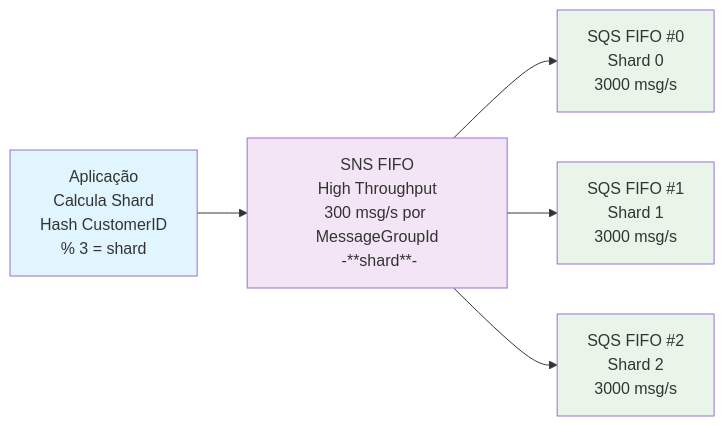
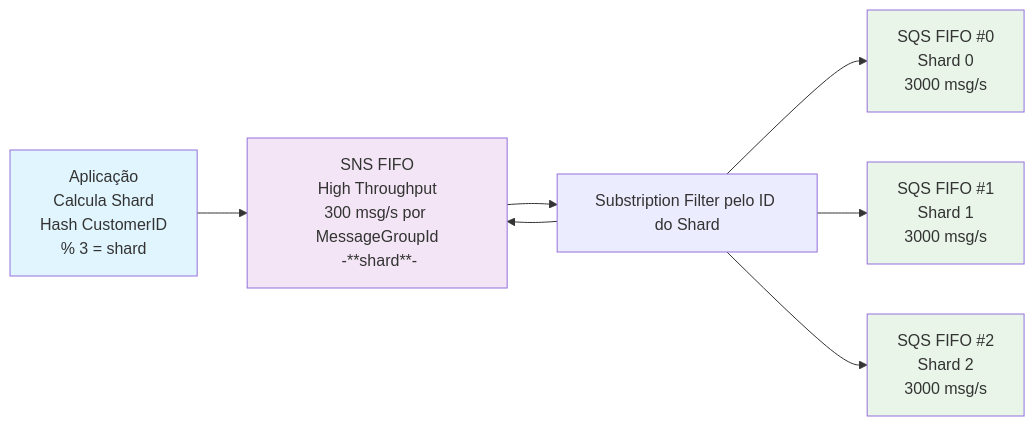
The first of 2 diagrams in README.md (msfidelis/sns-sqs-high-throughput-fifo-shards), drawn with Mermaid before and after one commit.

Commit message:
Migration repo

````diff
--- a/README.md
+++ b/README.md
@@ -25,14 +25,15 @@
 ```mermaid
 graph LR
-    A[Aplicação <br/>Calcula Shard<br/>Hash CustomerID<br/>% 3 = shard] --> B[SNS FIFO<br/>High Throughput<br/>300 msg/s por MessageGroupId<br/> -**shard**- ]
+    A[Aplicação <br/>Calcula Shard<br/>Hash CustomerID<br/>% 3 = shard]  --> B[SNS FIFO<br/>High Throughput<br/>300 msg/s por MessageGroupId<br/> -**shard**- ] --> FILTER[Substription Filter pelo ID do Shard] --> B
     
-    B --> C[SQS FIFO #0<br/>Shard 0<br/> 3000 msg/s]
-    B --> D[SQS FIFO #1<br/>Shard 1<br/> 3000 msg/s]
-    B --> E[SQS FIFO #2<br/>Shard 2<br/> 3000 msg/s]
+    
+    FILTER --> C[SQS FIFO #0<br/>Shard 0<br/> 3000 msg/s]
+    FILTER --> D[SQS FIFO #1<br/>Shard 1<br/> 3000 msg/s]
+    FILTER --> E[SQS FIFO #2<br/>Shard 2<br/> 3000 msg/s]
     
     style A fill:#e1f5fe
     style B fill:#f3e5f5
     style C fill:#e8f5e8
     style D fill:#e8f5e8
     style E fill:#e8f5e8
 ```
````
